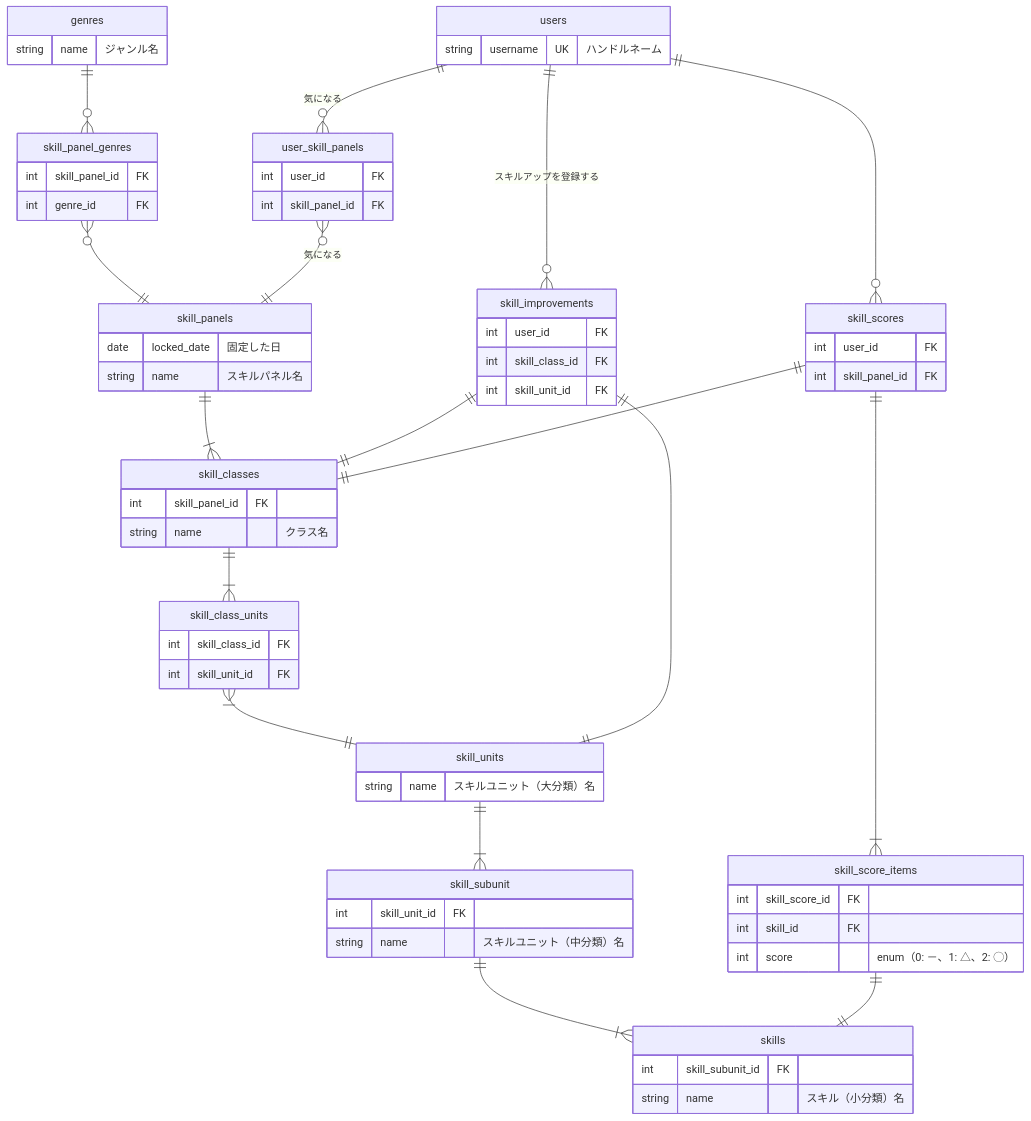
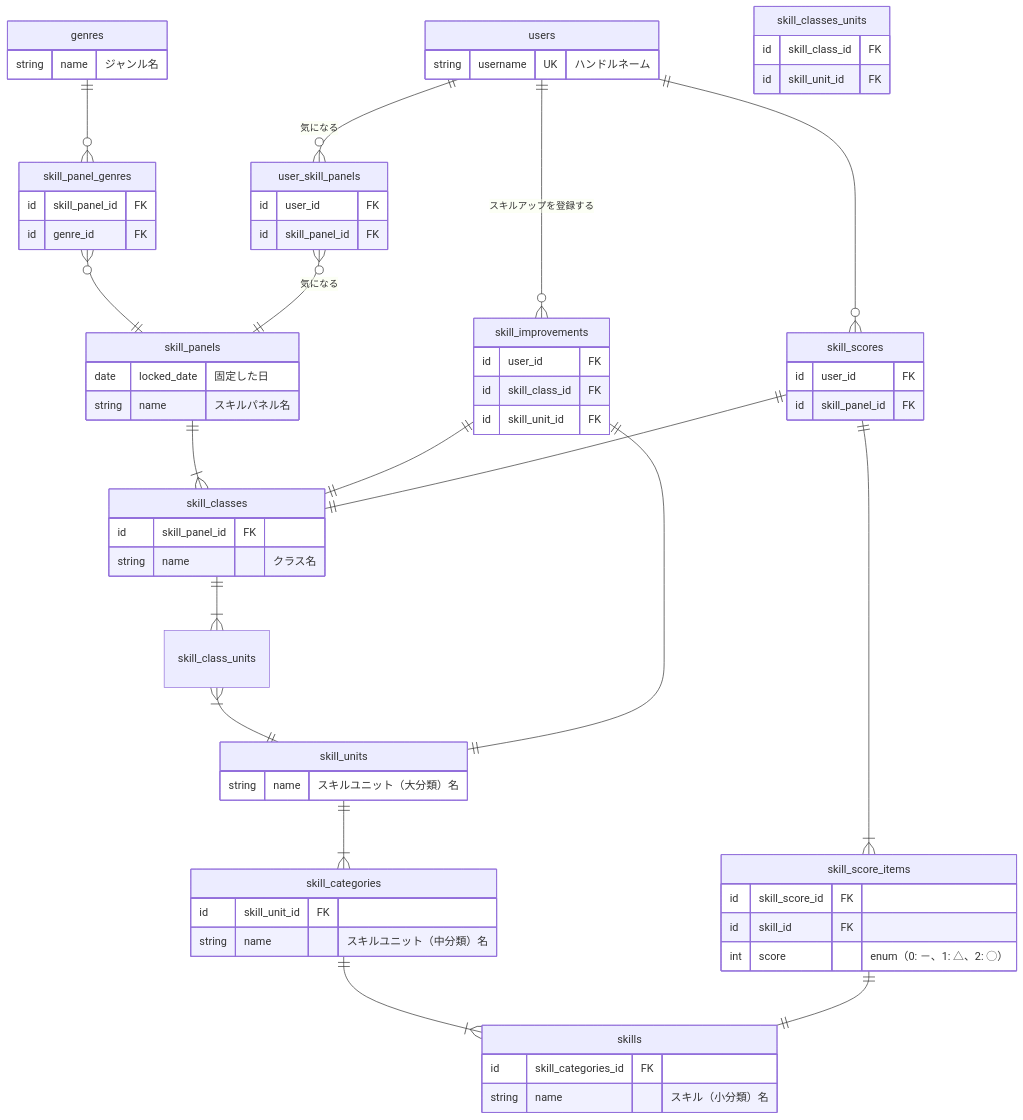
One commit to bright-org/bright changed the second of 2 diagrams in docs/conceptual_schemas/skills.md. Above: the diagram before and after it, drawn with Mermaid. The commit also changed 13 other files, not shown here.

Commit message:
feat: add SkillUnits context

````diff
--- a/docs/conceptual_schemas/skills.md
+++ b/docs/conceptual_schemas/skills.md
@@ -48,8 +48,8 @@
   skill_panels ||--|{ skill_classes : ""
   skill_classes ||--|{ skill_class_units : ""
   skill_class_units }|--|| skill_units : ""
-  skill_units ||--|{ skill_subunit : ""
-  skill_subunit ||--|{ skills : ""
+  skill_units ||--|{ skill_categories : ""
+  skill_categories ||--|{ skills : ""
   genres ||--o{ skill_panel_genres : ""
   skill_panel_genres }o--|| skill_panels : ""
   users ||--o{ user_skill_panels : "気になる"
@@ -68,26 +68,26 @@
   }
 
   skill_classes {
-    int skill_panel_id FK
+    id skill_panel_id FK
     string name "クラス名"
   }
 
-  skill_class_units {
-    int skill_class_id FK
-    int skill_unit_id FK
+  skill_classes_units {
+    id skill_class_id FK
+    id skill_unit_id FK
   }
 
   skill_units {
     string name "スキルユニット（大分類）名"
   }
 
-  skill_subunit {
-    int skill_unit_id FK
+  skill_categories {
+    id skill_unit_id FK
     string name "スキルユニット（中分類）名"
   }
 
   skills {
-    int skill_subunit_id FK
+    id skill_categories_id FK
     string name "スキル（小分類）名"
   }
 
@@ -96,8 +96,8 @@
   }
 
   skill_panel_genres {
-    int skill_panel_id FK
-    int genre_id FK
+    id skill_panel_id FK
+    id genre_id FK
   }
 
   users {
@@ -105,24 +105,24 @@
   }
 
   user_skill_panels {
-    int user_id FK
-    int skill_panel_id FK
+    id user_id FK
+    id skill_panel_id FK
   }
 
   skill_improvements {
-    int user_id FK
-    int skill_class_id FK
-    int skill_unit_id FK
+    id user_id FK
+    id skill_class_id FK
+    id skill_unit_id FK
   }
 
   skill_scores {
-    int user_id FK
-    int skill_panel_id FK
+    id user_id FK
+    id skill_panel_id FK
   }
 
   skill_score_items {
-    int skill_score_id FK
-    int skill_id FK
+    id skill_score_id FK
+    id skill_id FK
     int score "enum（0: －、1: △、2: ◯）"
   }
 ```
````
